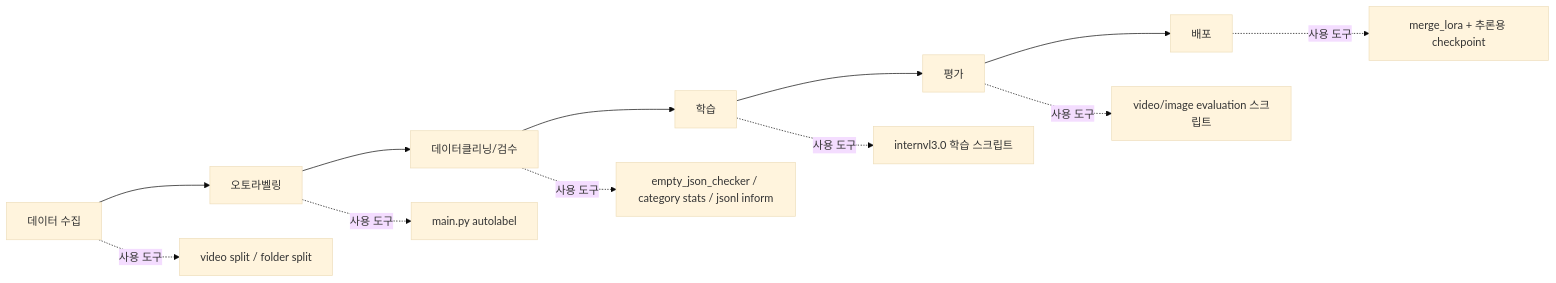
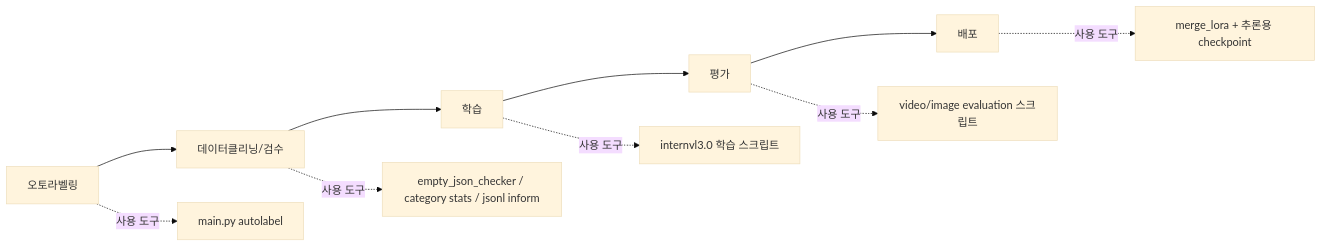
One commit to jungseoik/train_eval_toolkit changed the diagram in README.md. Above: the diagram before and after it, drawn with Mermaid (base theme). The commit also changed other lines of this file and 8 other files, not shown here.

````diff
--- a/README.md
+++ b/README.md
@@ -5,15 +5,13 @@
 ```mermaid
 flowchart LR
-    A[데이터 수집] --> B[오토라벨링]
-    B --> C[데이터클리닝/검수]
+    B[오토라벨링] --> C[데이터클리닝/검수]
     C --> D[학습]
     D --> E[평가]
     E --> F[배포]
 
-    A -. 사용 도구 .-> A1[video split / folder split]
     B -. 사용 도구 .-> B1[main.py autolabel]
     C -. 사용 도구 .-> C1[empty_json_checker / category stats / jsonl inform]
     D -. 사용 도구 .-> D1[internvl3.0 학습 스크립트]
     E -. 사용 도구 .-> E1[video/image evaluation 스크립트]
     F -. 사용 도구 .-> F1[merge_lora + 추론용 checkpoint]
 ```
````
